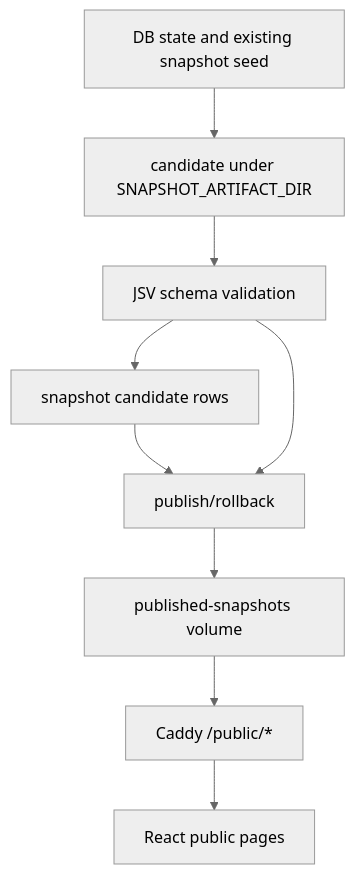
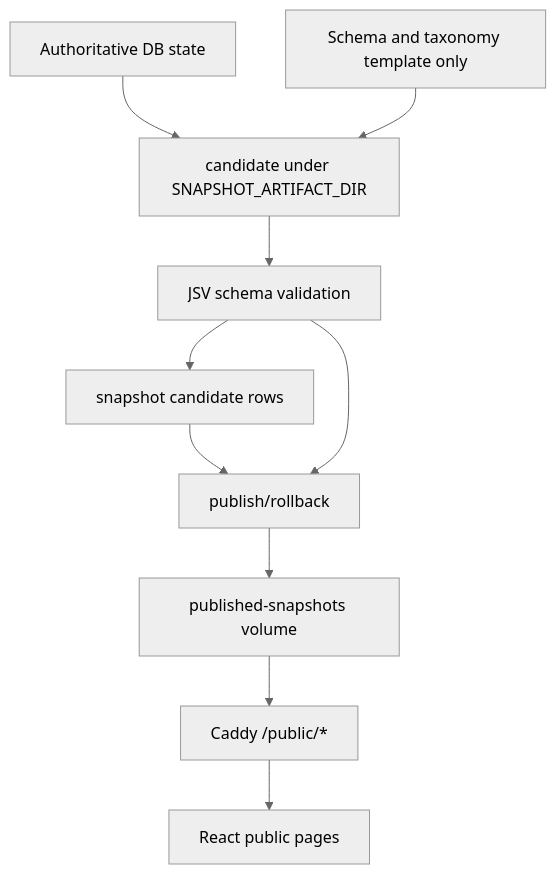
One commit to sahnsookyung/stonks-radar changed the sixth of 7 diagrams in docs/architecture.md. Above: the diagram before and after it, drawn with Mermaid (neutral theme). The commit also changed other lines of this file and 313 other files, not shown here.

````diff
--- a/docs/architecture.md
+++ b/docs/architecture.md
@@ -296,20 +296,22 @@
 ```mermaid
 flowchart TD
-  Source["DB state and existing snapshot seed"]
+  Source["Authoritative DB state"]
+  Template["Schema and taxonomy template only"]
   Candidate["candidate under SNAPSHOT_ARTIFACT_DIR"]
   Validate["JSV schema validation"]
   Record["snapshot candidate rows"]
   Publish["publish/rollback"]
   Volume["published-snapshots volume"]
   Caddy["Caddy /public/*"]
   React["React public pages"]
 
   Source --> Candidate
+  Template --> Candidate
   Candidate --> Validate
   Validate --> Record
   Record --> Publish
   Validate --> Publish
   Publish --> Volume
   Volume --> Caddy
   Caddy --> React
 ```
````
